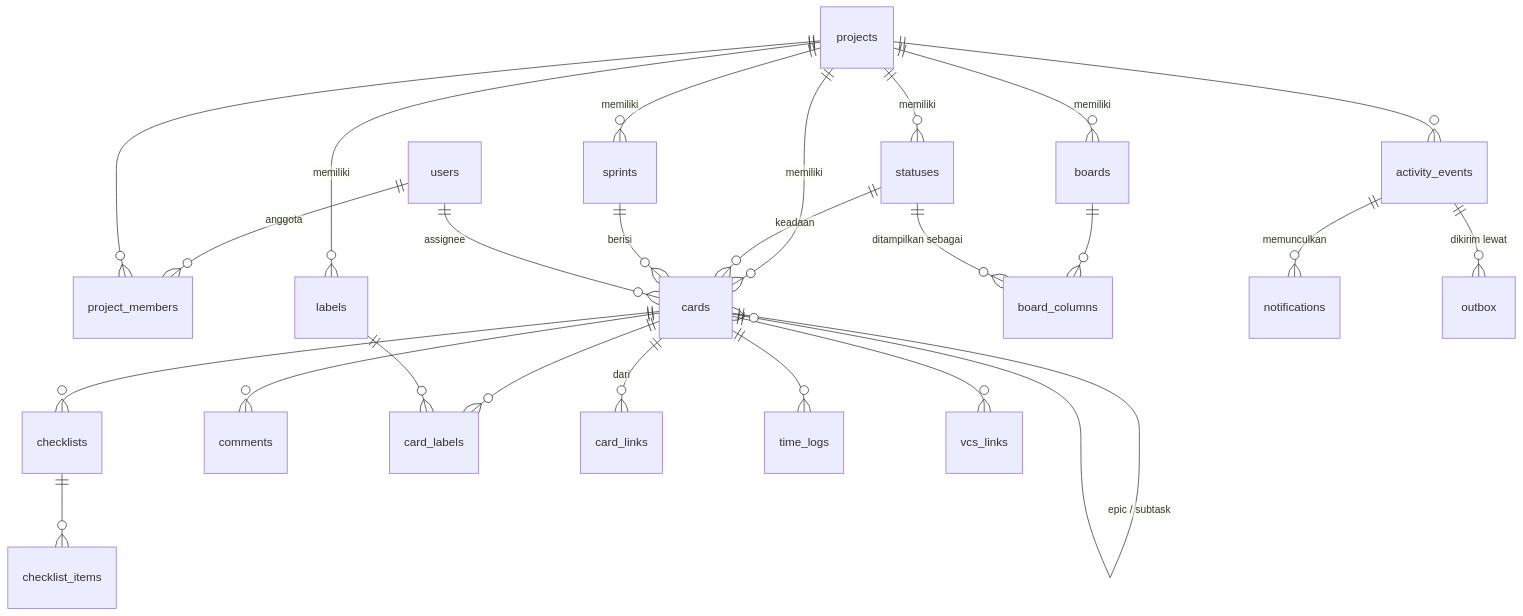
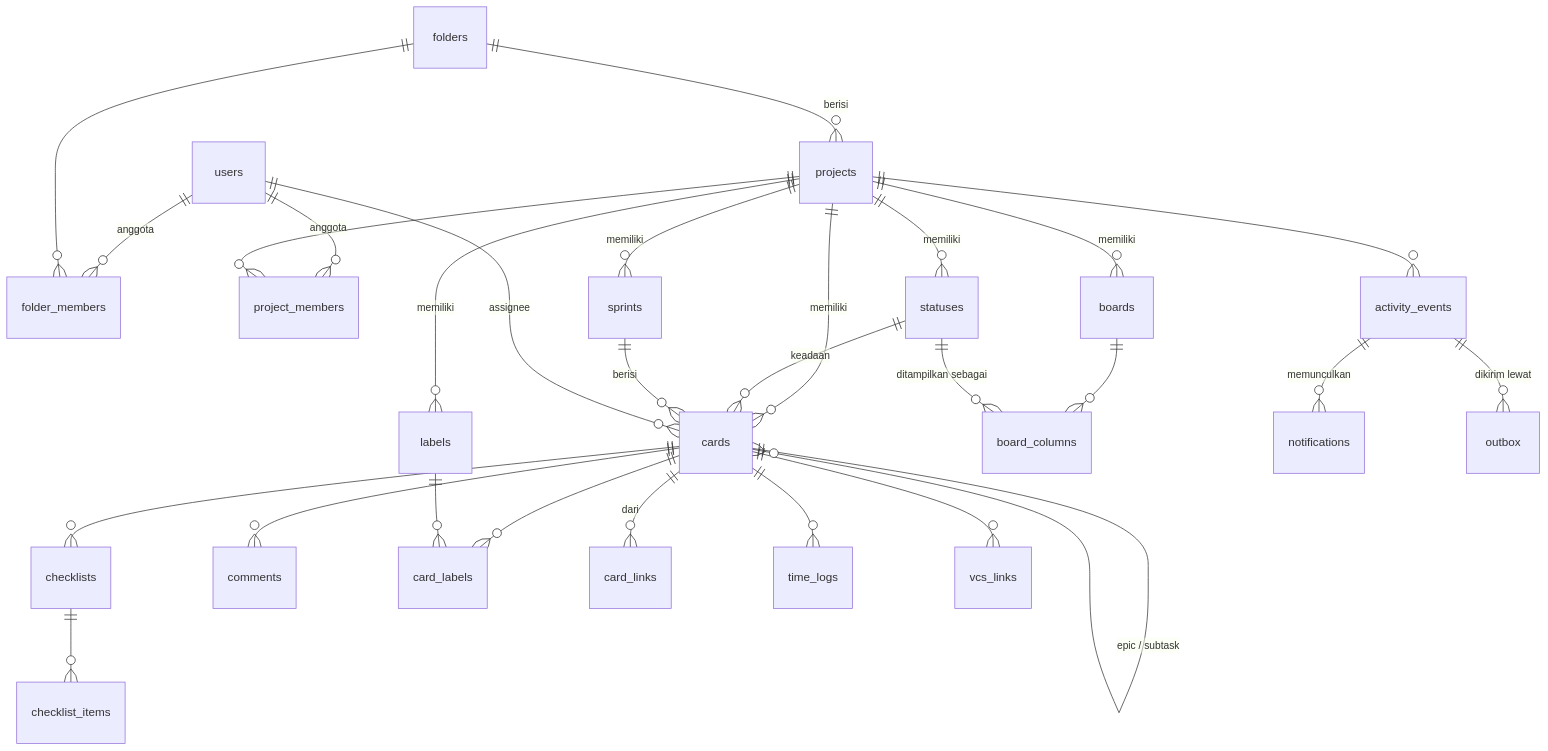
The diagram in docs/data-model.md (ragbuaj/project-management), drawn with Mermaid before and after one commit. The commit also changed other lines of this file and 4 other files, not shown here.

````diff
--- a/docs/data-model.md
+++ b/docs/data-model.md
@@ -64,30 +64,34 @@
 ```mermaid
 erDiagram
+    users ||--o{ folder_members : "anggota"
+    folders ||--o{ folder_members : ""
+    folders ||--o{ projects : "berisi"
+
     users ||--o{ project_members : "anggota"
     projects ||--o{ project_members : ""
     projects ||--o{ statuses : "memiliki"
     projects ||--o{ boards : "memiliki"
     projects ||--o{ labels : "memiliki"
     projects ||--o{ sprints : "memiliki"
     projects ||--o{ cards : "memiliki"
 
     boards ||--o{ board_columns : ""
     statuses ||--o{ board_columns : "ditampilkan sebagai"
     statuses ||--o{ cards : "keadaan"
 
     cards ||--o{ checklists : ""
     checklists ||--o{ checklist_items : ""
     cards ||--o{ comments : ""
     cards ||--o{ card_labels : ""
     labels ||--o{ card_labels : ""
     cards ||--o{ card_links : "dari"
     cards ||--o{ time_logs : ""
     cards ||--o{ vcs_links : ""
     sprints ||--o{ cards : "berisi"
     cards ||--o{ cards : "epic / subtask"
     users ||--o{ cards : "assignee"
 
     projects ||--o{ activity_events : ""
     activity_events ||--o{ notifications : "memunculkan"
     activity_events ||--o{ outbox : "dikirim lewat"
 ```
````
